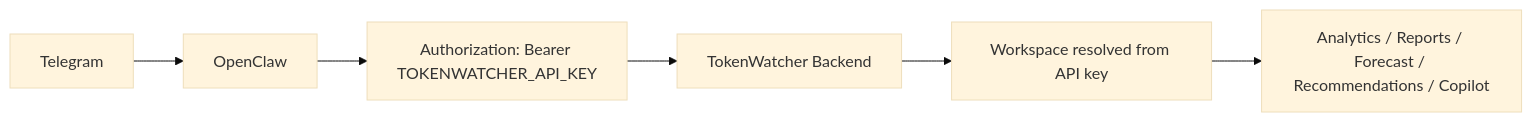
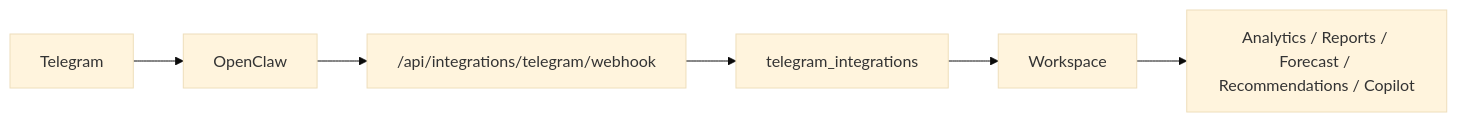
One commit to ZainabTravadi/Token-Watcher-AI-API-Cost-Tracker changed the diagram in OPENCLAW_INTEGRATION_AUDIT.md. Above: the diagram before and after it, drawn with Mermaid (base theme). The commit also changed other lines of this file and 34 other files, not shown here.

````diff
--- a/OPENCLAW_INTEGRATION_AUDIT.md
+++ b/OPENCLAW_INTEGRATION_AUDIT.md
@@ -7,15 +7,15 @@
 ```mermaid
 flowchart LR
   Telegram["Telegram"]
   OpenClaw["OpenClaw"]
-  Key["Authorization: Bearer TOKENWATCHER_API_KEY"]
-  Backend["TokenWatcher Backend"]
-  Workspace["Workspace resolved from API key"]
+  Resolver["/api/integrations/telegram/webhook"]
+  Table["telegram_integrations"]
+  Workspace["Workspace"]
   Services["Analytics / Reports / Forecast / Recommendations / Copilot"]
 
   Telegram --> OpenClaw
-  OpenClaw --> Key
-  Key --> Backend
-  Backend --> Workspace
+  OpenClaw --> Resolver
+  Resolver --> Table
+  Table --> Workspace
   Workspace --> Services
 ```
````
